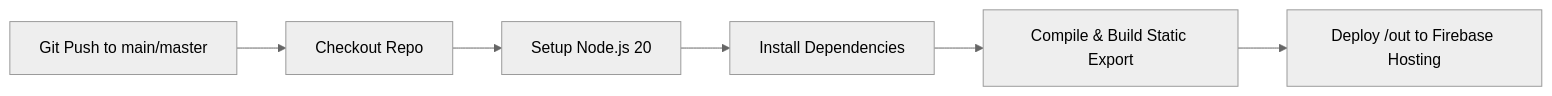
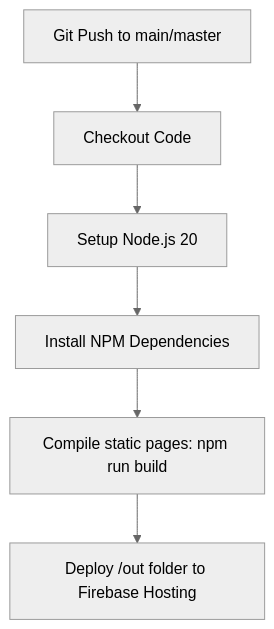
Before and after one commit to KavishkaAswaththa/MasterLearning: the second of 2 diagrams in README.md, drawn with Mermaid (neutral theme). The commit also changed other lines of this file, not shown here.

Commit message:
docs: rewrite README to reflect MasterLearning's expansion to a cloud-native JAMstack architecture and updated ER schema.

````diff
--- a/README.md
+++ b/README.md
@@ -147,8 +162,8 @@
 ```mermaid
-graph LR
-    Push[Git Push to main/master] --> Checkout[Checkout Repo]
+graph TD
+    Push[Git Push to main/master] --> Checkout[Checkout Code]
     Checkout --> SetupNode[Setup Node.js 20]
-    SetupNode --> InstallDeps[Install Dependencies]
-    InstallDeps --> BuildApp[Compile & Build Static Export]
-    BuildApp --> DeployFirebase[Deploy /out to Firebase Hosting]
+    SetupNode --> InstallDeps[Install NPM Dependencies]
+    InstallDeps --> BuildApp[Compile static pages: npm run build]
+    BuildApp --> DeployFirebase[Deploy /out folder to Firebase Hosting]
 ```
````
